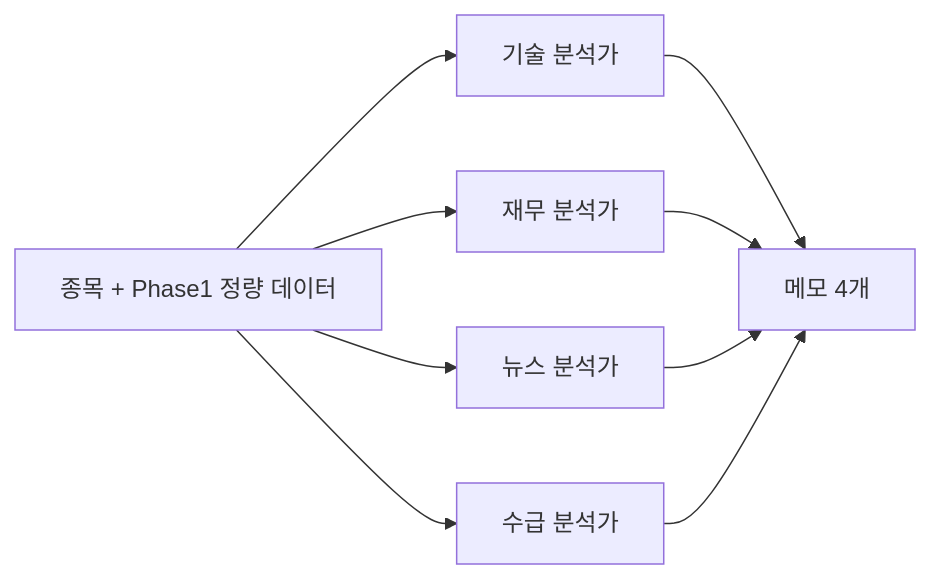
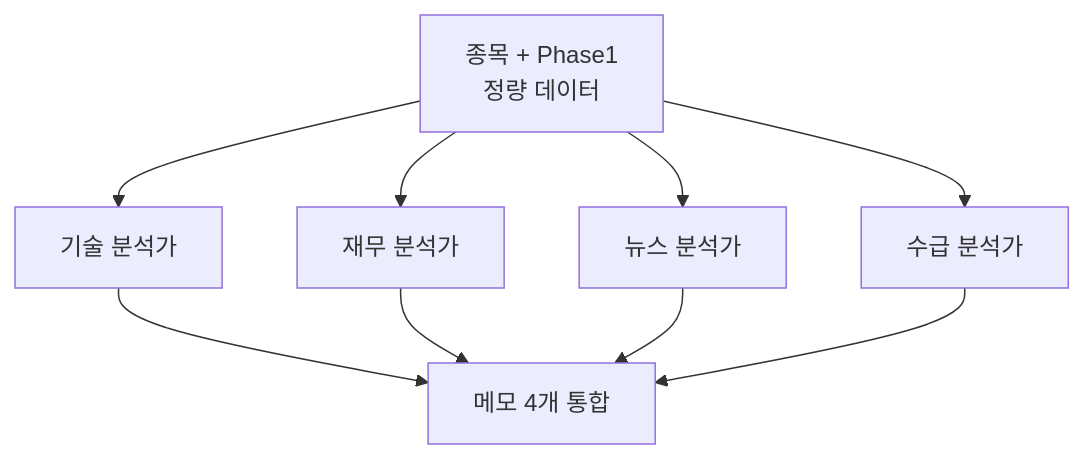
One commit to izzyLim/BIP-Pipeline changed the seventh of 12 diagrams in docs/stock_screener_architecture.md. Above: the diagram before and after it, drawn with Mermaid. The commit also changed other lines of this file and 2 other files, not shown here.

First line of the commit message:
docs(stock_screener): v6.3 — 가독성 개선 + write-doc 다이어그램 가이드

````diff
--- a/docs/stock_screener_architecture.md
+++ b/docs/stock_screener_architecture.md
@@ -268,11 +269,11 @@
 ```mermaid
-flowchart LR
-    A[종목 + Phase1 정량 데이터] --> B1[기술 분석가]
+flowchart TD
+    A["종목 + Phase1<br/>정량 데이터"] --> B1[기술 분석가]
     A --> B2[재무 분석가]
     A --> B3[뉴스 분석가]
     A --> B4[수급 분석가]
-    B1 --> C[메모 4개]
+    B1 --> C[메모 4개 통합]
     B2 --> C
     B3 --> C
     B4 --> C
 ```
````
